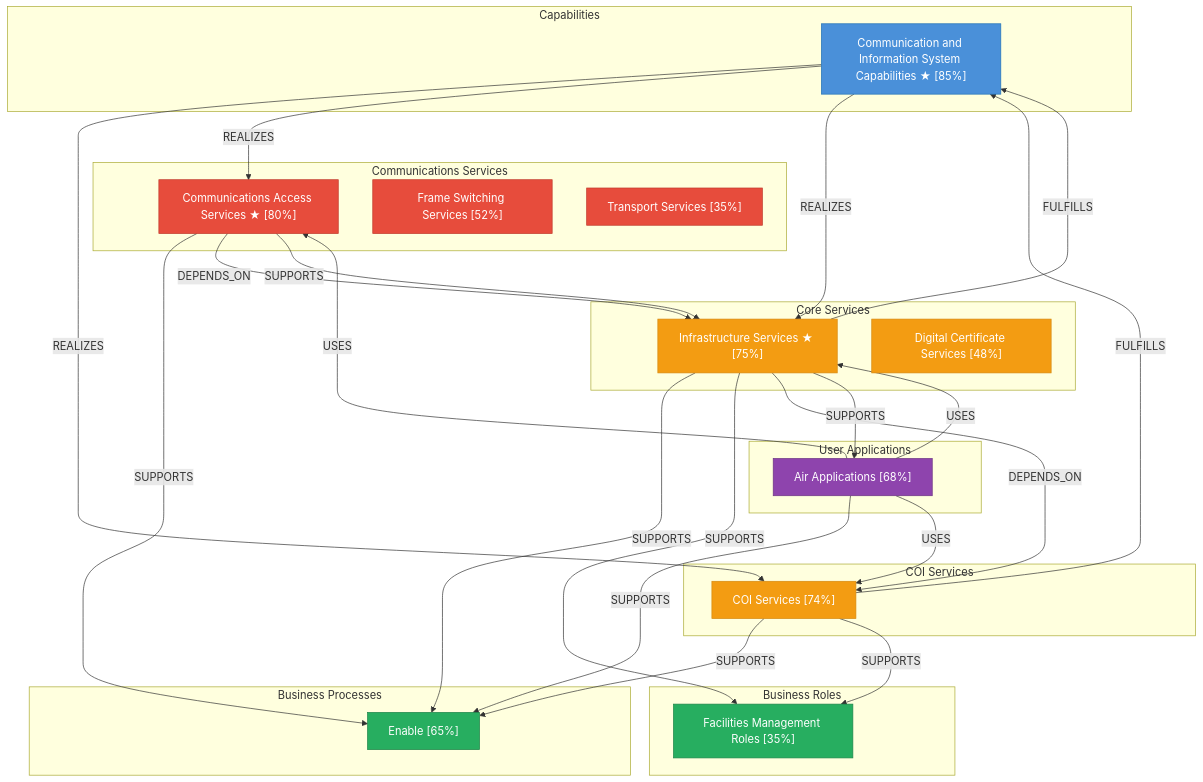
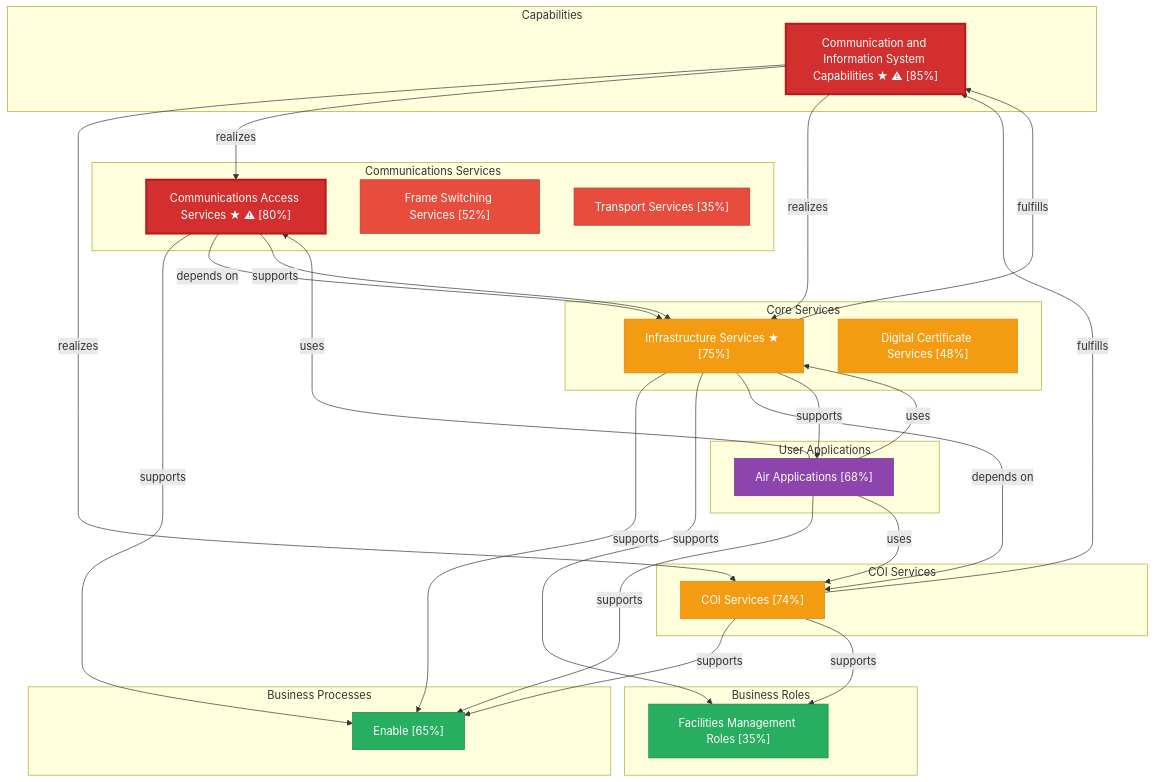
One commit to carstenartur/Taxonomy changed the second of 2 diagrams in README.md. Above: the diagram before and after it, drawn with Mermaid. The commit also changed other lines of this file and 11 other files, not shown here.

First line of the commit message:
Internationalize Mermaid export: add MermaidLabels, localized layer/relation labels, hotspot markers, update README showcase and docs

````diff
--- a/README.md
+++ b/README.md
@@ -35,62 +35,65 @@
 ```mermaid
 flowchart TD
     subgraph Capabilities["Capabilities"]
-        CP_1023["Communication and Information System Capabilities ★ [85%]"]
+        CP_1023["Communication and Information System Capabilities ★ ⚠ [85%]"]
     end
     subgraph Business_Processes["Business Processes"]
         BP_1327["Enable [65%]"]
     end
     subgraph Business_Roles["Business Roles"]
         BR_1043["Facilities Management Roles [35%]"]
     end
     subgraph Core_Services["Core Services"]
         CR_1047["Infrastructure Services ★ [75%]"]
         CR_1021["Digital Certificate Services [48%]"]
     end
     subgraph COI_Services["COI Services"]
         CI["COI Services [74%]"]
     end
     subgraph User_Applications["User Applications"]
         UA_1015["Air Applications [68%]"]
     end
     subgraph Communications_Services["Communications Services"]
-        CO_1011["Communications Access Services ★ [80%]"]
+        CO_1011["Communications Access Services ★ ⚠ [80%]"]
         CO_1019["Frame Switching Services [52%]"]
         CO_1063["Transport Services [35%]"]
     end
-    CP_1023 -->|REALIZES| CI
-    CP_1023 -->|REALIZES| CO_1011
-    CP_1023 -->|REALIZES| CR_1047
-    CO_1011 -->|SUPPORTS| BP_1327
-    CO_1011 -->|DEPENDS_ON| CR_1047
-    CO_1011 -->|SUPPORTS| CR_1047
-    CR_1047 -->|SUPPORTS| BP_1327
-    CR_1047 -->|SUPPORTS| BR_1043
-    CR_1047 -->|FULFILLS| CP_1023
-    CR_1047 -->|DEPENDS_ON| CI
-    CR_1047 -->|SUPPORTS| UA_1015
-    UA_1015 -->|SUPPORTS| BP_1327
-    UA_1015 -->|USES| CI
-    UA_1015 -->|USES| CO_1011
-    UA_1015 -->|USES| CR_1047
-    CI -->|SUPPORTS| BP_1327
-    CI -->|SUPPORTS| BR_1043
-    CI -->|FULFILLS| CP_1023
+    CP_1023 -->|realizes| CI
+    CP_1023 -->|realizes| CO_1011
+    CP_1023 -->|realizes| CR_1047
+    CO_1011 -->|supports| BP_1327
+    CO_1011 -->|depends on| CR_1047
+    CO_1011 -->|supports| CR_1047
+    CR_1047 -->|supports| BP_1327
+    CR_1047 -->|supports| BR_1043
+    CR_1047 -->|fulfills| CP_1023
+    CR_1047 -->|depends on| CI
+    CR_1047 -->|supports| UA_1015
+    UA_1015 -->|supports| BP_1327
+    UA_1015 -->|uses| CI
+    UA_1015 -->|uses| CO_1011
+    UA_1015 -->|uses| CR_1047
+    CI -->|supports| BP_1327
+    CI -->|supports| BR_1043
+    CI -->|fulfills| CP_1023
     classDef cap fill:#4A90D9,color:#fff,stroke:#2171B5
     classDef proc fill:#27AE60,color:#fff,stroke:#1E8449
     classDef role fill:#27AE60,color:#fff,stroke:#1E8449
     classDef svc fill:#F39C12,color:#fff,stroke:#D68910
     classDef app fill:#8E44AD,color:#fff,stroke:#6C3483
     classDef info fill:#3498DB,color:#fff,stroke:#2980B9
     classDef comm fill:#E74C3C,color:#fff,stroke:#C0392B
+    classDef hotspot fill:#D32F2F,color:#fff,stroke:#B71C1C,stroke-width:3px
     class CP_1023 cap
+    class CP_1023 hotspot
     class BP_1327 proc
     class BR_1043 role
     class CR_1047 svc
     class CR_1021 svc
     class CI svc
     class UA_1015 app
     class CO_1011 comm
+    class CO_1011 hotspot
     class CO_1019 comm
     class CO_1063 comm
 ```
````
